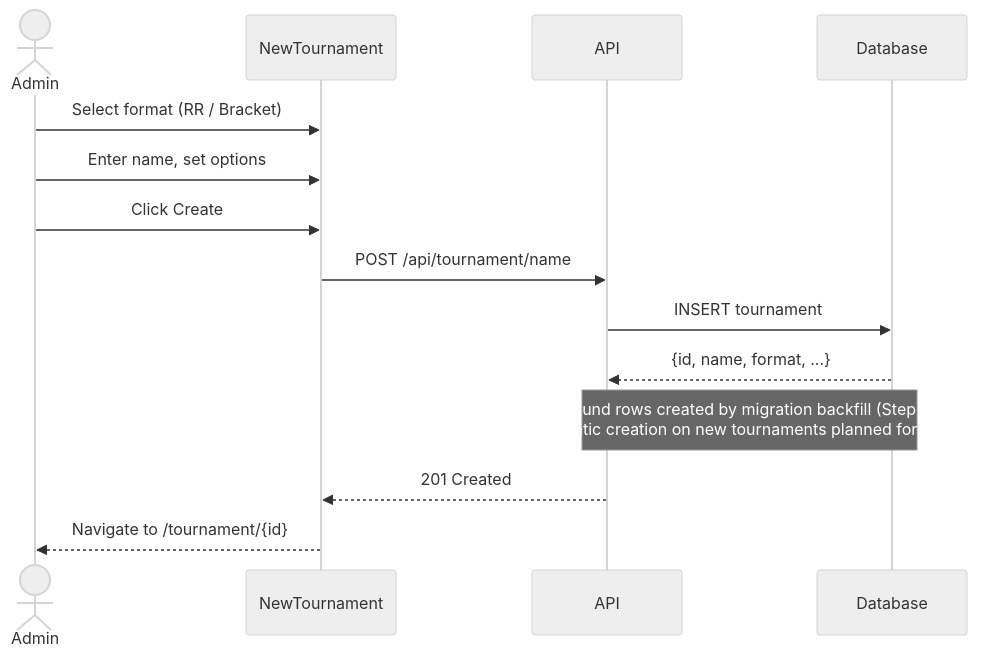
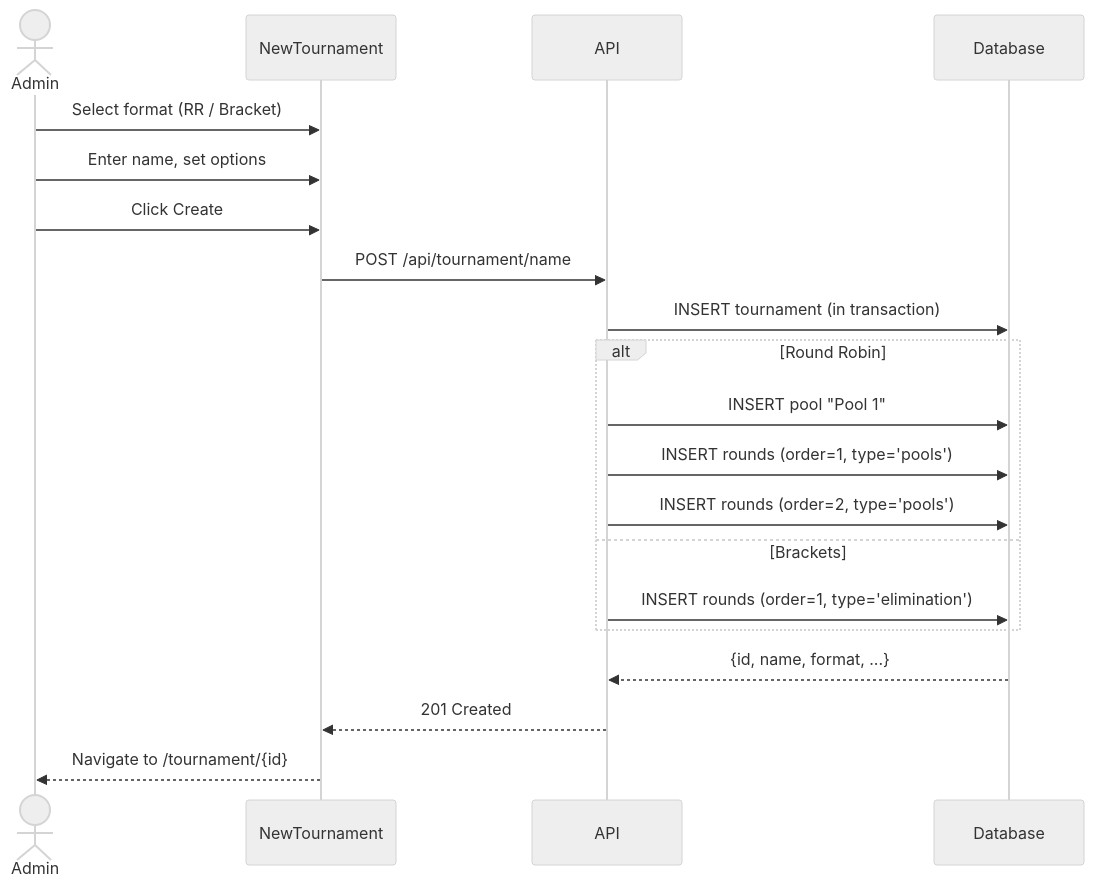
The third of 14 diagrams in docs/interaction-diagrams.md (cy6erskunk/tournament-app), drawn with Mermaid (neutral theme) before and after one commit. The commit also changed other lines of this file and 7 other files, not shown here.

First line of the commit message:
Step 2: Rounds API, TournamentContext integration, and auto-creation on tournament setup

````diff
--- a/docs/interaction-diagrams.md
+++ b/docs/interaction-diagrams.md
@@ -67,17 +67,23 @@
 ```mermaid
 sequenceDiagram
     actor Admin
     participant NT as NewTournament
     participant API
     participant DB as Database
 
     Admin->>NT: Select format (RR / Bracket)
     Admin->>NT: Enter name, set options
     Admin->>NT: Click Create
     NT->>API: POST /api/tournament/name
-    API->>DB: INSERT tournament
+    API->>DB: INSERT tournament (in transaction)
+    alt Round Robin
+        API->>DB: INSERT pool "Pool 1"
+        API->>DB: INSERT rounds (order=1, type='pools')
+        API->>DB: INSERT rounds (order=2, type='pools')
+    else Brackets
+        API->>DB: INSERT rounds (order=1, type='elimination')
+    end
     DB-->>API: {id, name, format, ...}
-    Note over API,DB: Round rows created by migration backfill (Step 1).<br/>Automatic creation on new tournaments planned for Step 2.
     API-->>NT: 201 Created
     NT-->>Admin: Navigate to /tournament/{id}
 ```
````
